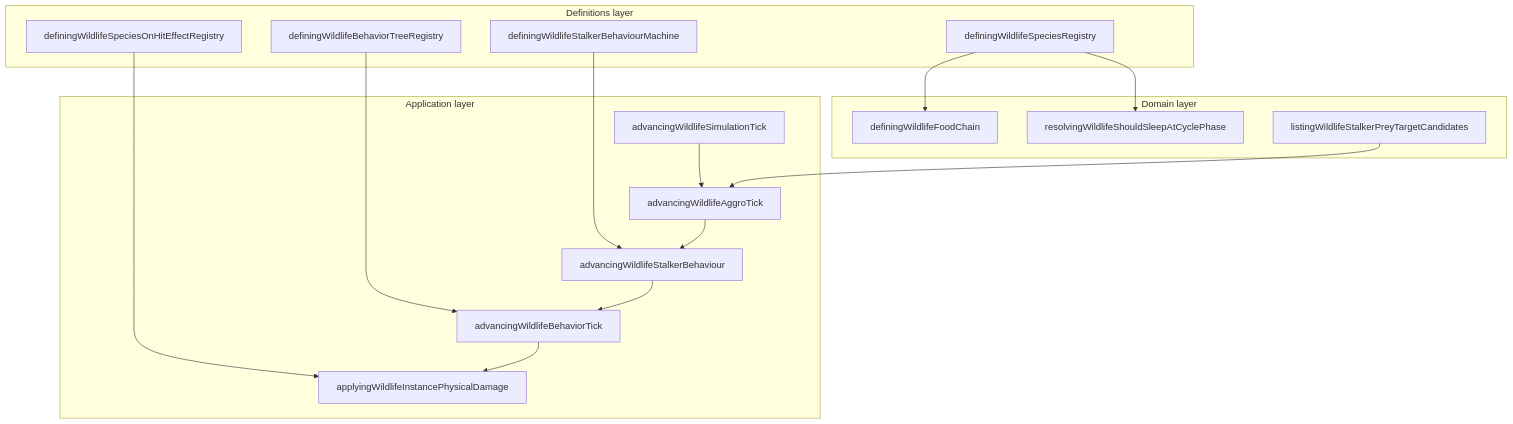
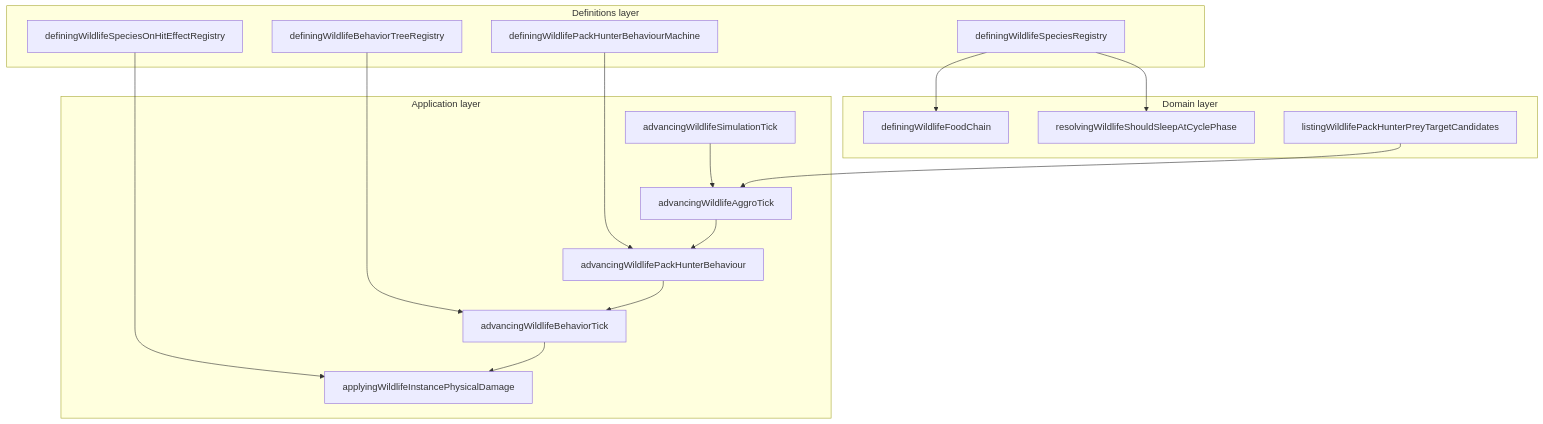
One commit to Jayrr-Dev/reigncraft changed the diagram in gameplay/mechanics/wildlife/README.md. Above: the diagram before and after it, drawn with Mermaid. The commit also changed other lines of this file and 326 other files, not shown here.

````diff
--- a/gameplay/mechanics/wildlife/README.md
+++ b/gameplay/mechanics/wildlife/README.md
@@ -106,34 +106,34 @@
 ```mermaid
 flowchart TB
   subgraph definitions [Definitions layer]
     SR[definingWildlifeSpeciesRegistry]
     BT[definingWildlifeBehaviorTreeRegistry]
     OH[definingWildlifeSpeciesOnHitEffectRegistry]
-    SM[definingWildlifeStalkerBehaviourMachine]
+    SM[definingWildlifePackHunterBehaviourMachine]
   end
 
   subgraph domain [Domain layer]
     FC[definingWildlifeFoodChain]
     SL[resolvingWildlifeShouldSleepAtCyclePhase]
-    ST[listingWildlifeStalkerPreyTargetCandidates]
+    ST[listingWildlifePackHunterPreyTargetCandidates]
   end
 
   subgraph application [Application layer]
     SIM[advancingWildlifeSimulationTick]
     AGG[advancingWildlifeAggroTick]
     BEH[advancingWildlifeBehaviorTick]
-    STK[advancingWildlifeStalkerBehaviour]
+    STK[advancingWildlifePackHunterBehaviour]
     DMG[applyingWildlifeInstancePhysicalDamage]
   end
 
   SR --> FC
   SR --> SL
   BT --> BEH
   SM --> STK
   OH --> DMG
   SIM --> AGG
   AGG --> STK
   STK --> BEH
   BEH --> DMG
   ST --> AGG
 ```
````
